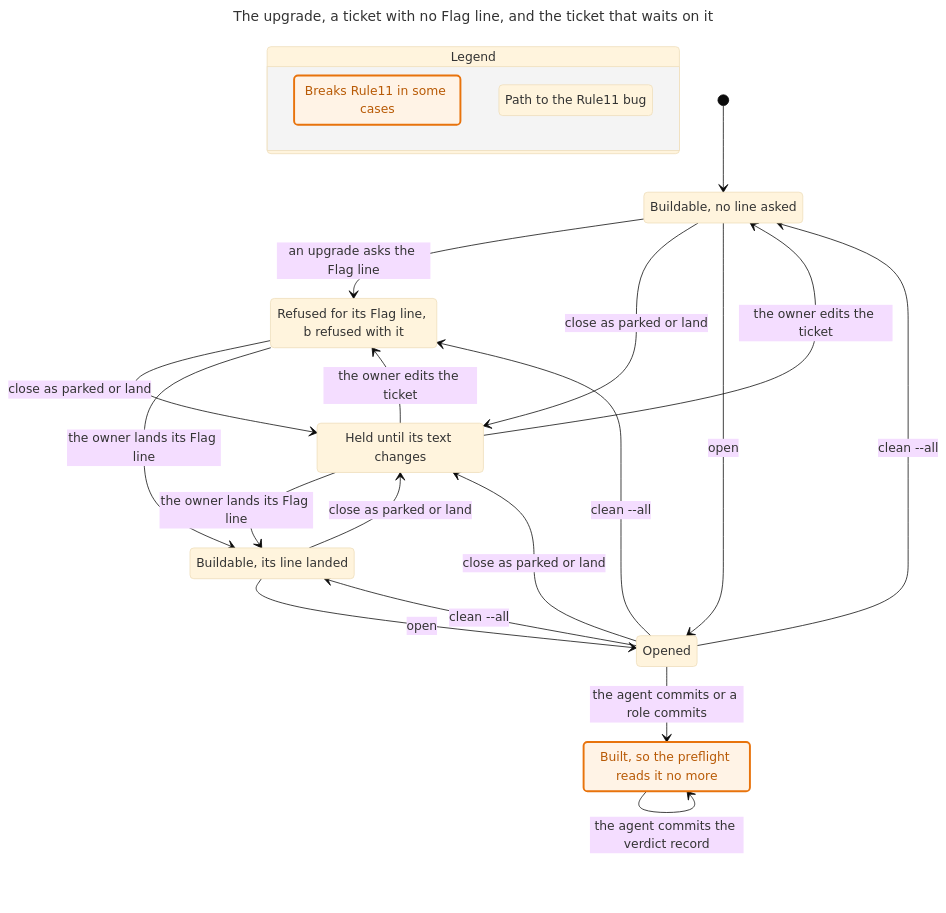
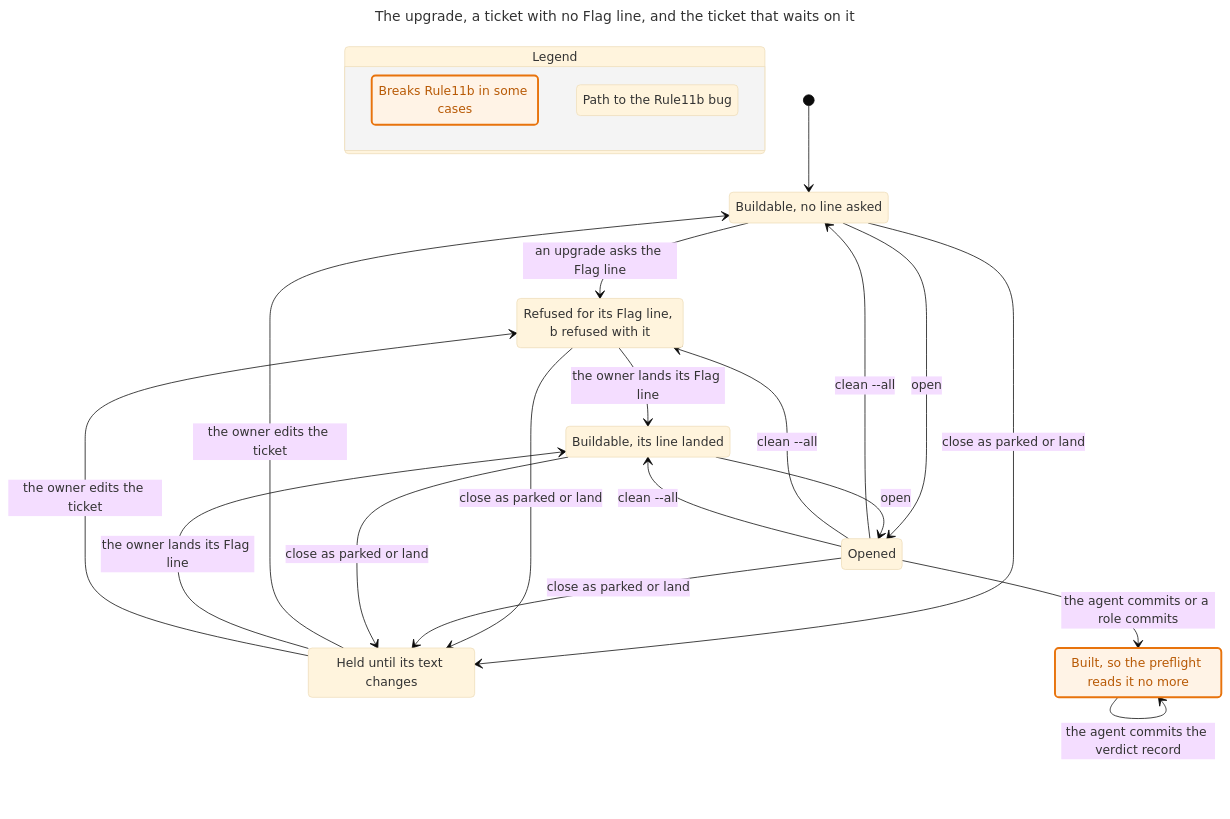
The third of 11 diagrams in docs/model/drain.md (Simon-GitHub-Code/ratchet), drawn with Mermaid (base theme) before and after one commit. The commit also changed other lines of this file and 2 other files, not shown here.

````diff
--- a/docs/model/drain.md
+++ b/docs/model/drain.md
@@ -309,40 +330,40 @@
 ```mermaid
 ---
 title: "The upgrade, a ticket with no Flag line, and the ticket that waits on it"
 ---
 stateDiagram-v2
   state "Legend" as legend {
-    lg0: Breaks Rule11 in some cases
-    lg1: Path to the Rule11 bug
+    lg0: Breaks Rule11b in some cases
+    lg1: Path to the Rule11b bug
   }
   class lg0 mayBreak
   class lg1 bugPath
   s0: Buildable, no line asked
   s1: Refused for its Flag line, b refused with it
-  s2: Held until its text changes
-  s3: Opened
+  s2: Opened
+  s3: Held until its text changes
   s4: Buildable, its line landed
   s5: Built, so the preflight reads it no more
   [*] --> s0
   s0 --> s1: an upgrade asks the Flag line
-  s0 --> s2: close as parked or land
-  s0 --> s3: open
-  s1 --> s2: close as parked or land
+  s0 --> s2: open
+  s0 --> s3: close as parked or land
   s1 --> s4: the owner lands its Flag line
-  s2 --> s0: the owner edits the ticket
-  s3 --> s2: close as parked or land
-  s3 --> s0: clean --all
-  s3 --> s5: the agent commits or a role commits
-  s2 --> s1: the owner edits the ticket
-  s2 --> s4: the owner lands its Flag line
-  s4 --> s2: close as parked or land
-  s4 --> s3: open
-  s3 --> s1: clean --all
+  s1 --> s3: close as parked or land
+  s2 --> s0: clean --all
+  s2 --> s3: close as parked or land
+  s2 --> s5: the agent commits or a role commits
+  s3 --> s0: the owner edits the ticket
+  s4 --> s2: open
+  s4 --> s3: close as parked or land
+  s2 --> s1: clean --all
+  s3 --> s4: the owner lands its Flag line
+  s3 --> s1: the owner edits the ticket
   s5 --> s5: the agent commits the verdict record
-  s3 --> s4: clean --all
+  s2 --> s4: clean --all
   classDef mayBreak fill:#fff3e6,stroke:#e8730c,stroke-width:2.5px,color:#b85a06
   class s0 bugPath
-  class s3 bugPath
+  class s2 bugPath
   class s5 mayBreak
   class s5 bugPath
 ```
````
